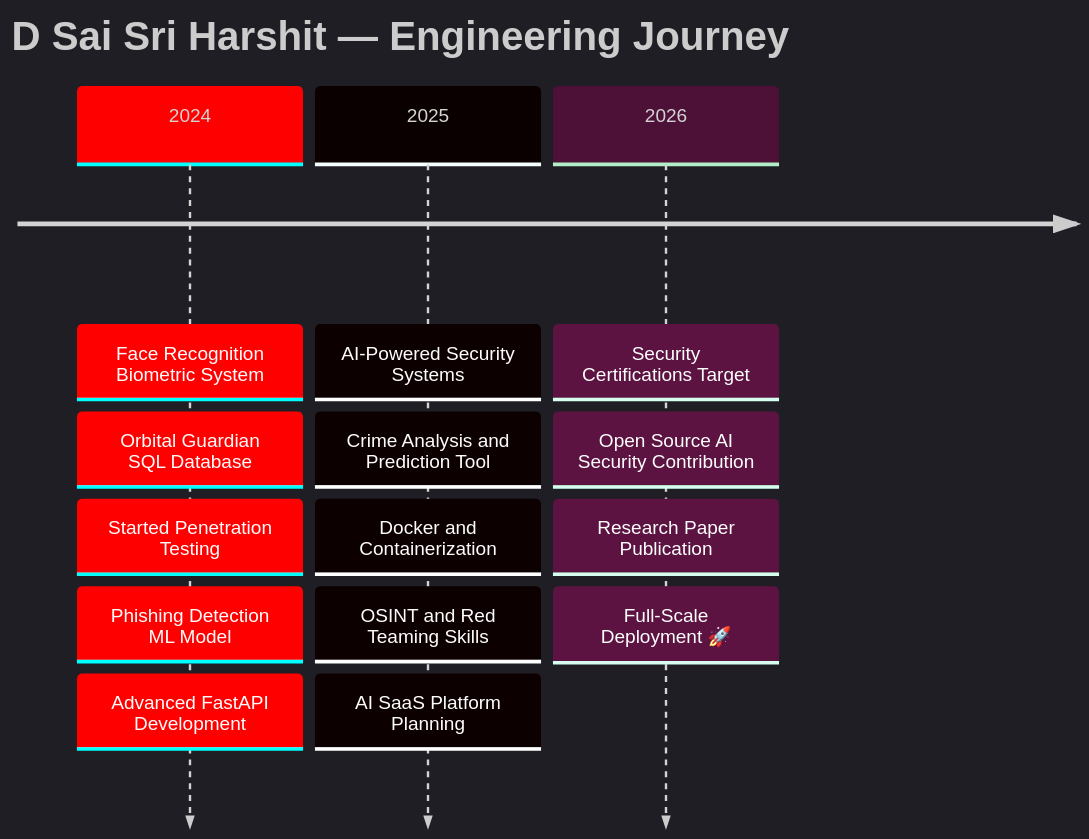
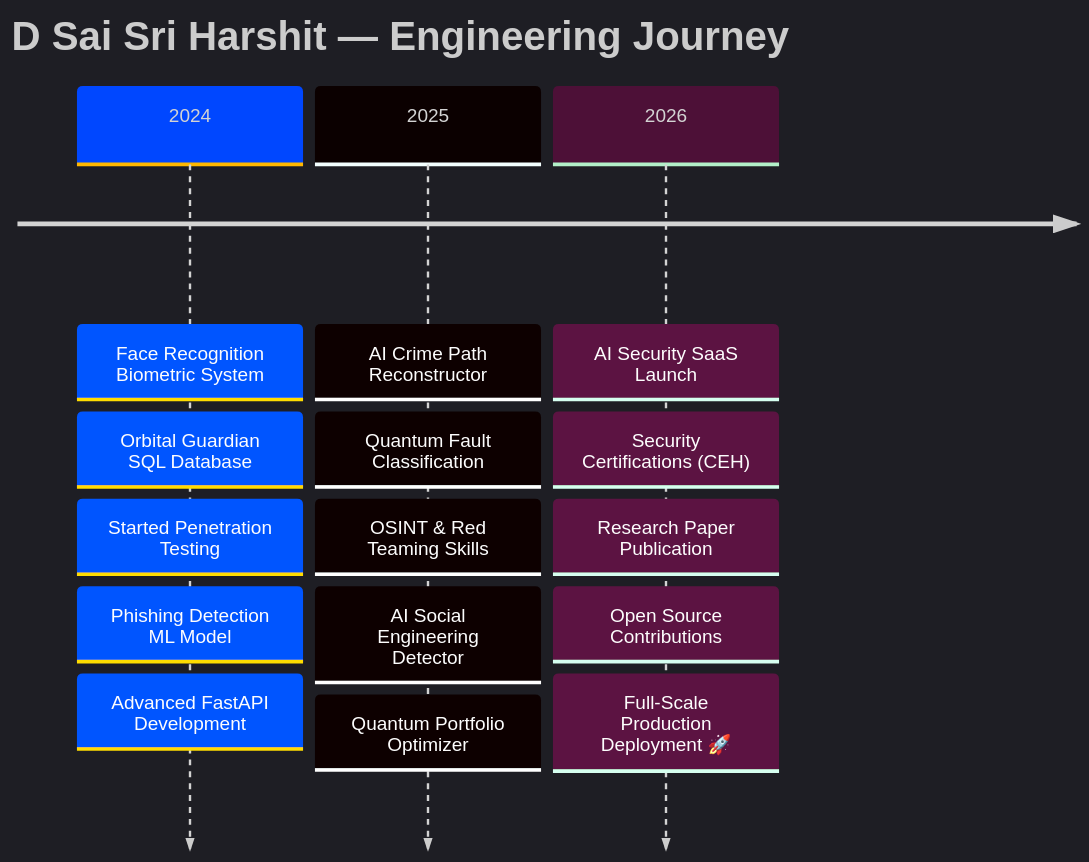
The first of 2 diagrams in README.md (dsaisrih/dsaisrih), drawn with Mermaid before and after one commit. The commit also changed other lines of this file, not shown here.

````diff
--- a/README.md
+++ b/README.md
@@ -145,19 +312,20 @@
 ```mermaid
-%%{init: {'theme': 'dark', 'themeVariables': { 'primaryColor': '#ff0000', 'edgeLabelBackground':'#1a0000', 'tertiaryColor': '#0d0d0d'}}}%%
+%%{init: {'theme': 'dark', 'themeVariables': { 'primaryColor': '#0047ff', 'edgeLabelBackground':'#00001a', 'tertiaryColor': '#050510'}}}%%
 timeline
     title D Sai Sri Harshit — Engineering Journey
     2024 : Face Recognition Biometric System
          : Orbital Guardian SQL Database
          : Started Penetration Testing
          : Phishing Detection ML Model
          : Advanced FastAPI Development
-    2025 : AI-Powered Security Systems
-         : Crime Analysis and Prediction Tool
-         : Docker and Containerization
-         : OSINT and Red Teaming Skills
-         : AI SaaS Platform Planning
-    2026 : Security Certifications Target
-         : Open Source AI Security Contribution
+    2025 : AI Crime Path Reconstructor
+         : Quantum Fault Classification
+         : OSINT & Red Teaming Skills
+         : AI Social Engineering Detector
+         : Quantum Portfolio Optimizer
+    2026 : AI Security SaaS Launch
+         : Security Certifications (CEH)
          : Research Paper Publication
-         : Full-Scale Deployment 🚀
+         : Open Source Contributions
+         : Full-Scale Production Deployment 🚀
 ```
````
